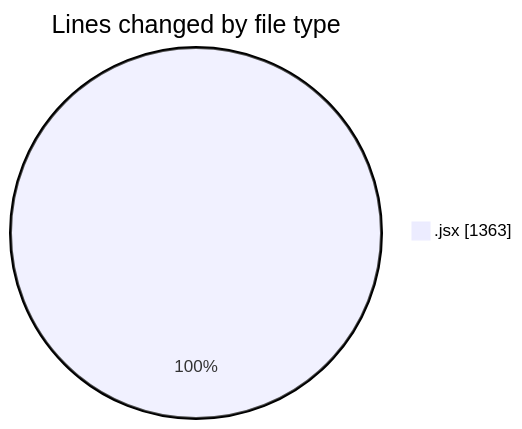
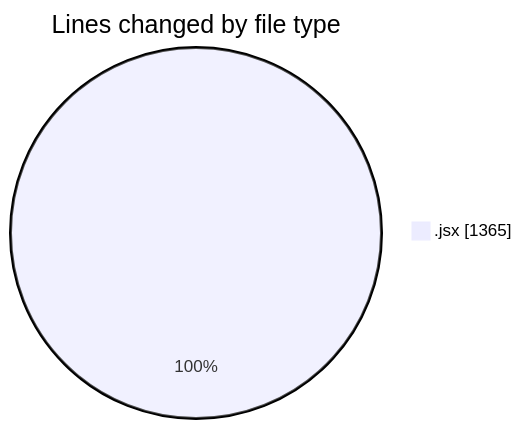
One commit to nxtqubesakshisongat/code-tracking changed the first of 2 diagrams in 2025-11-17/nxtqube_webapp/README.md. Above: the diagram before and after it, drawn with Mermaid. The commit also changed other lines of this file and 1 other file, not shown here.

````diff
--- a/2025-11-17/nxtqube_webapp/README.md
+++ b/2025-11-17/nxtqube_webapp/README.md
@@ -20,5 +20,5 @@
 ```mermaid
 pie showData
 title Lines changed by file type
-".jsx" : 1363
+".jsx" : 1365
 ```
````
